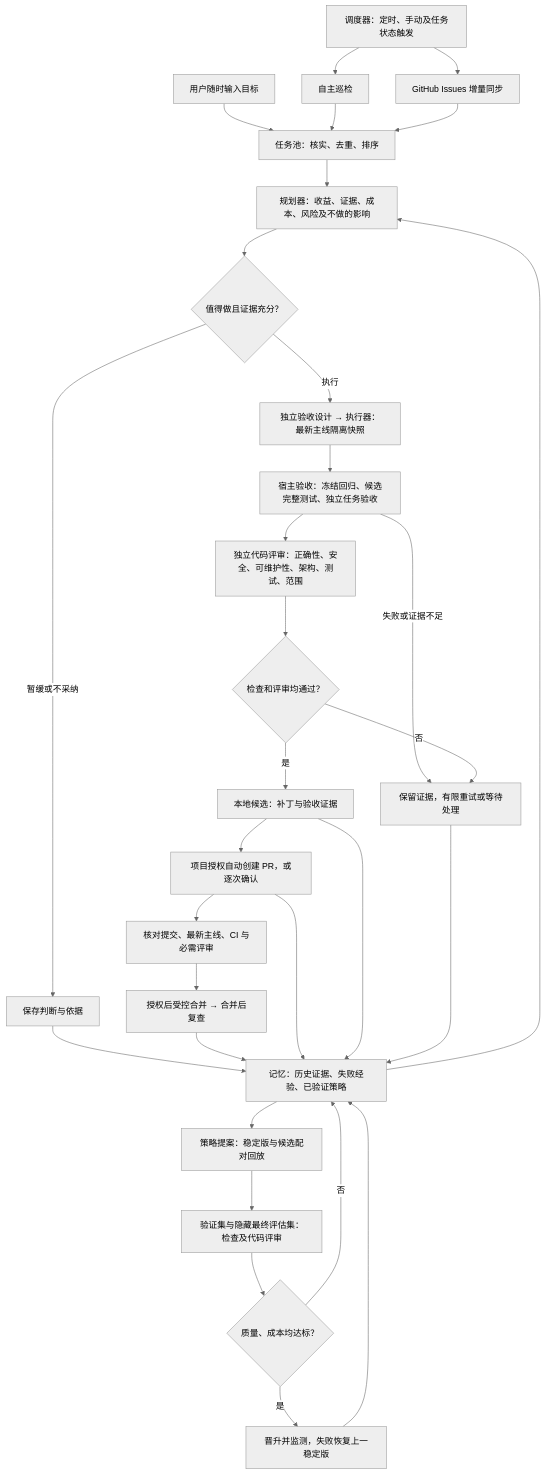
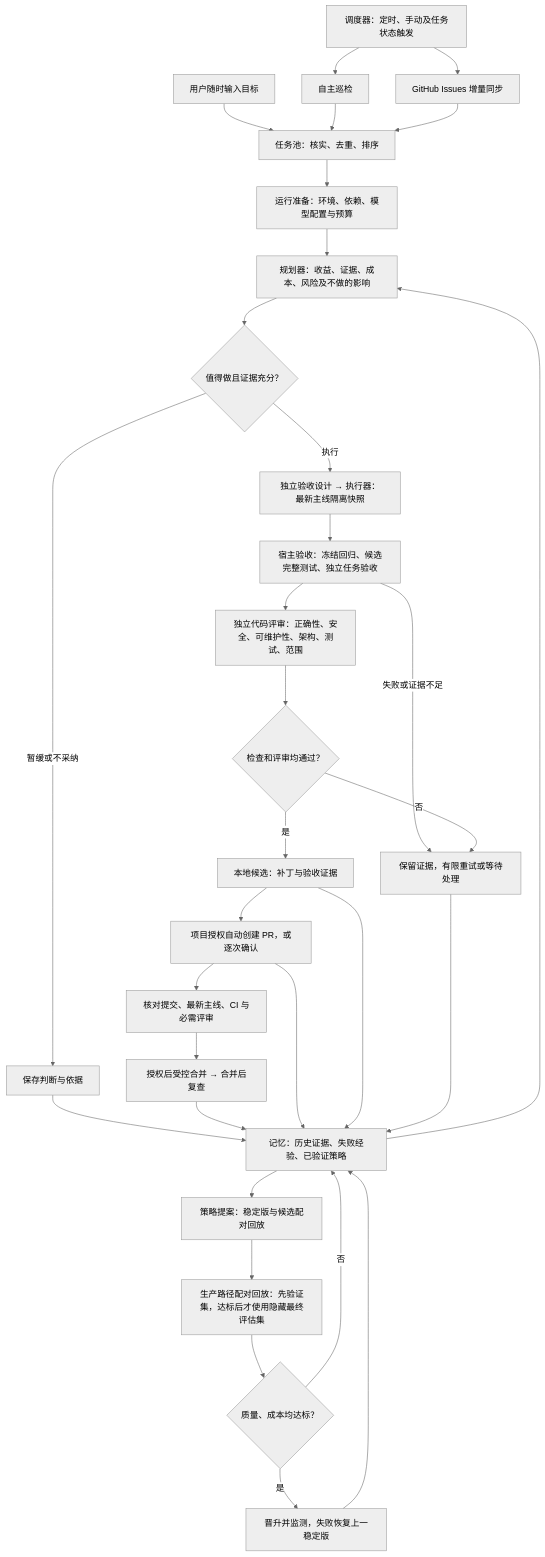
Before and after one commit to Haoog/Adaptive-RSI: the diagram in README.md, drawn with Mermaid (neutral theme). The commit also changed other lines of this file and 50 other files, not shown here.

````diff
--- a/README.md
+++ b/README.md
@@ -11,33 +13,34 @@
 ```mermaid
 flowchart TD
     S[调度器：定时、手动及任务状态触发] --> I[自主巡检]
     S --> G[GitHub Issues 增量同步]
     U[用户随时输入目标] --> Q[任务池：核实、去重、排序]
     I --> Q
     G --> Q
     M[记忆：历史证据、失败经验、已验证策略] --> P[规划器：收益、证据、成本、风险及不做的影响]
-    Q --> P
+    Q --> O[运行准备：环境、依赖、模型配置与预算]
+    O --> P
     P --> B{值得做且证据充分？}
     B -->|执行| W[独立验收设计 → 执行器：最新主线隔离快照]
     B -->|暂缓或不采纳| Z[保存判断与依据]
     Z --> M
     W --> T[宿主验收：冻结回归、候选完整测试、独立任务验收]
     T --> R[独立代码评审：正确性、安全、可维护性、架构、测试、范围]
     R --> D{检查和评审均通过？}
     D -->|是| C[本地候选：补丁与验收证据]
     C --> A[项目授权自动创建 PR，或逐次确认]
     A --> J[核对提交、最新主线、CI 与必需评审]
     J --> K[授权后受控合并 → 合并后复查]
     K --> M
     T -->|失败或证据不足| F[保留证据，有限重试或等待处理]
     D -->|否| F
     A --> M
     C --> M
     F --> M
     M --> E[策略提案：稳定版与候选配对回放]
-    E --> V[验证集与隐藏最终评估集：检查及代码评审]
+    E --> V[生产路径配对回放：先验证集，达标后才使用隐藏最终评估集]
     V --> H{质量、成本均达标？}
     H -->|是| N[晋升并监测，失败恢复上一稳定版]
     H -->|否| M
     N --> M
 ```
````
